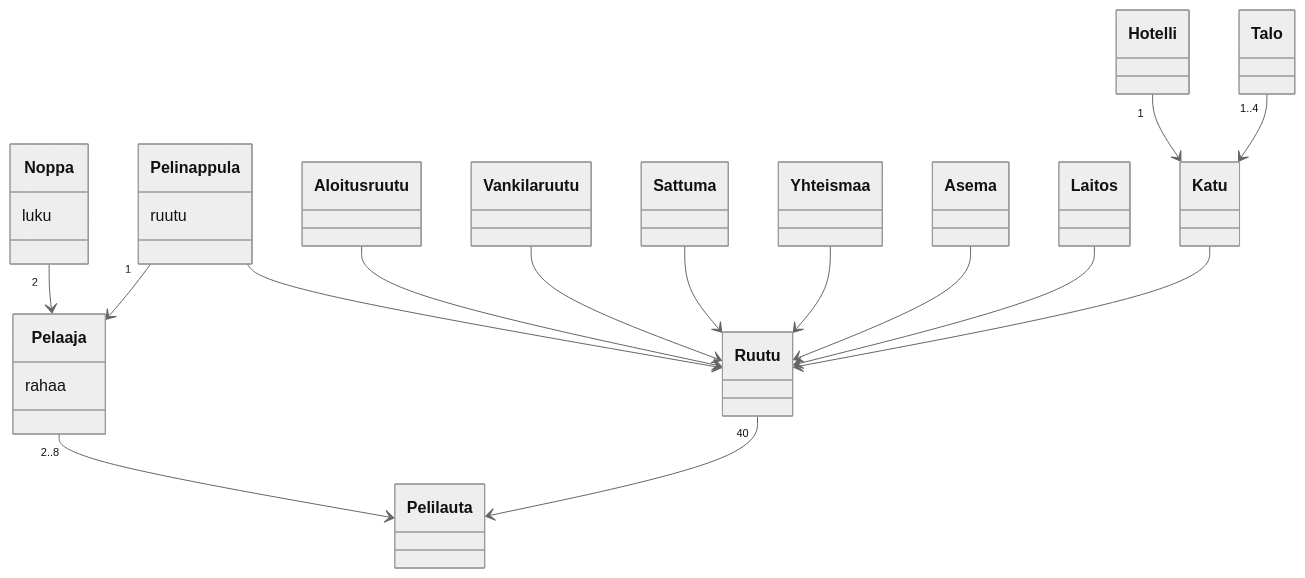
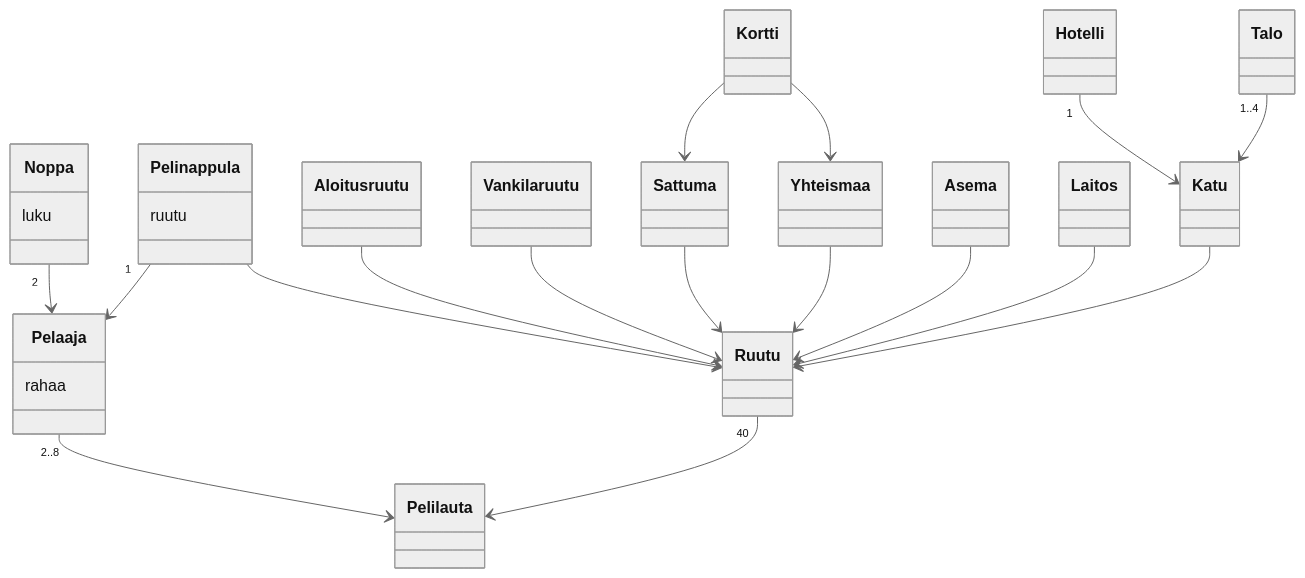
The diagram in laskarit/viikko3/Monopoli_kaavio.md (Yahimoh/ot-harjoitustyo), drawn with Mermaid (neutral theme) before and after one commit.

````diff
--- a/laskarit/viikko3/Monopoli_kaavio.md
+++ b/laskarit/viikko3/Monopoli_kaavio.md
@@ -1,67 +1,73 @@
 ```mermaid
  classDiagram
 	
 	Noppa "2" --> Pelaaja
 	Pelaaja "2..8" --> Pelilauta
 	Ruutu "40" --> Pelilauta
 	Pelinappula "1" --> Pelaaja
 	Pelinappula --> Ruutu
 
 	Aloitusruutu --> Ruutu
 	Vankilaruutu --> Ruutu
 	Sattuma --> Ruutu
 	Yhteismaa --> Ruutu
 	Asema --> Ruutu
 	Laitos --> Ruutu
 	Katu --> Ruutu
 	
 	Hotelli "1" --> Katu
 	Talo "1..4" --> Katu
+	
+	Kortti --> Sattuma
+	Kortti --> Yhteismaa
 	
 
 	class Noppa {
 		luku
 	}
 
         class Pelaaja {
 		rahaa
         }
 
 	class Pelilauta {
 	}
 
 	class Ruutu {
 	}
 	
 	class Pelinappula {
 		ruutu
 	}
 
 	class Aloitusruutu {
 	}
 
 	class Vankilaruutu {
 	}
 		
 	class Sattuma {
 	}	
 	
 	class Yhteismaa {
 	}
 	
 	class Asema {
 	}
 	
 	class Laitos {
 	}
 
 	class Katu {
 	}
 	
 	class Hotelli {
 	}
 	
 	class Talo {
 	}
+	
+	class Kortti {
+	}
 	 
 ```
````
